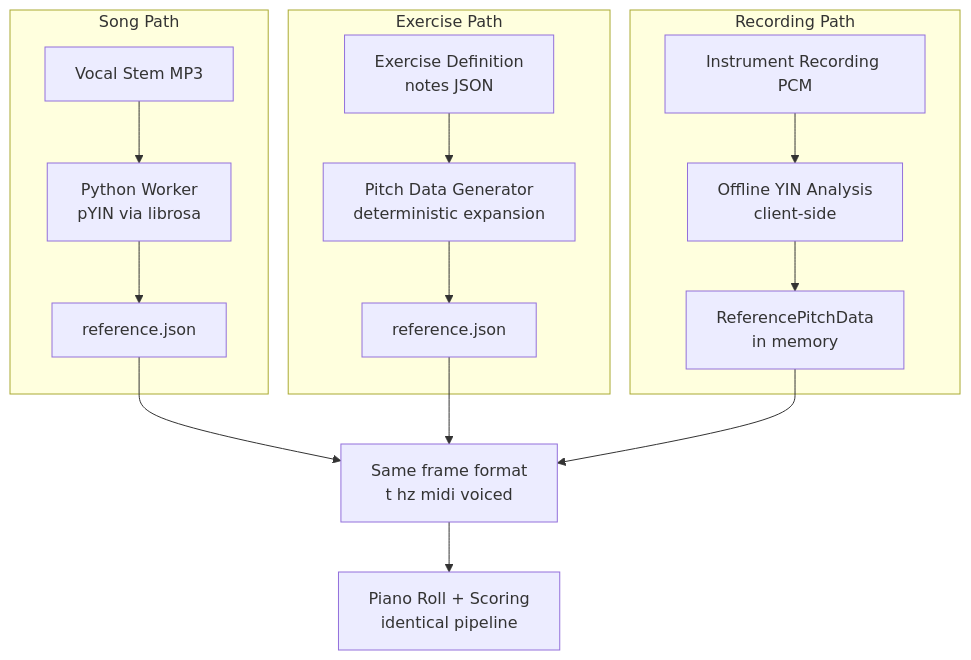
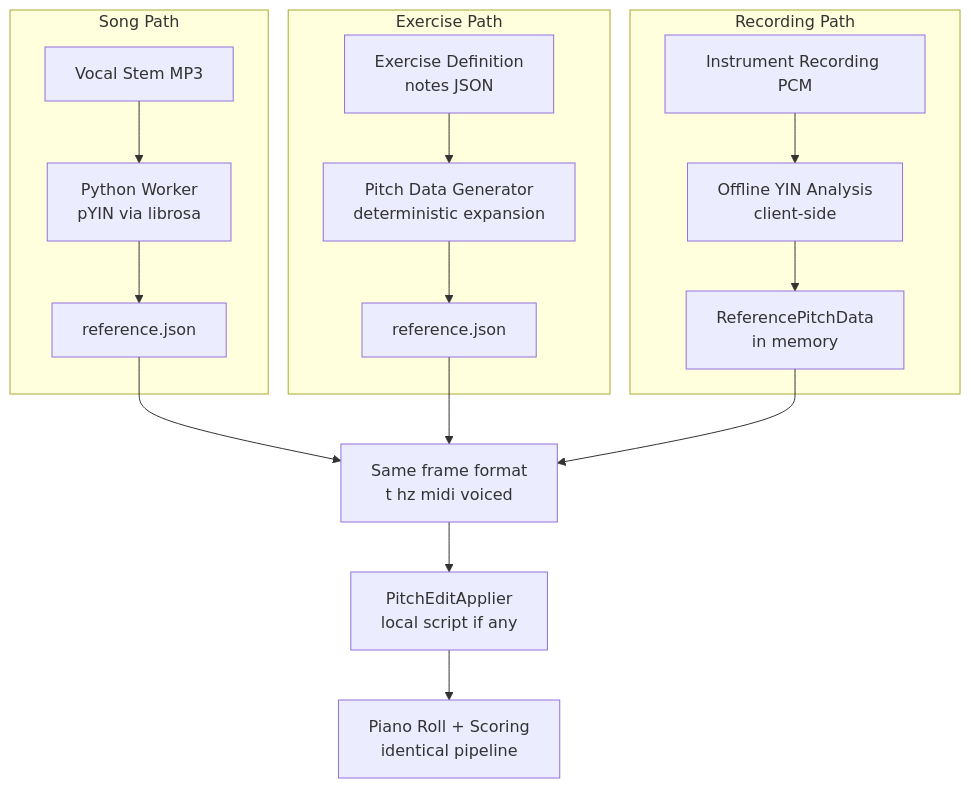
Before and after one commit to pawelgawliczek/intonavio: the fourth of 4 diagrams in docs/06-realtime-pitch.md, drawn with Mermaid. The commit also changed other lines of this file and 3 other files, not shown here.

````diff
--- a/docs/06-realtime-pitch.md
+++ b/docs/06-realtime-pitch.md
@@ -324,22 +324,23 @@
 ```mermaid
 flowchart TD
     subgraph Song Path
         A[Vocal Stem MP3] --> B[Python Worker<br/>pYIN via librosa]
         B --> C[reference.json]
     end
 
     subgraph Exercise Path
         D[Exercise Definition<br/>notes JSON] --> E[Pitch Data Generator<br/>deterministic expansion]
         E --> F[reference.json]
     end
 
     subgraph Recording Path
         G2[Instrument Recording PCM] --> H2[Offline YIN Analysis<br/>client-side]
         H2 --> I2[ReferencePitchData<br/>in memory]
     end
 
     C --> G[Same frame format<br/>t hz midi voiced]
     F --> G
     I2 --> G
-    G --> H[Piano Roll + Scoring<br/>identical pipeline]
+    G --> Edit[PitchEditApplier<br/>local script if any]
+    Edit --> H[Piano Roll + Scoring<br/>identical pipeline]
 ```
````
